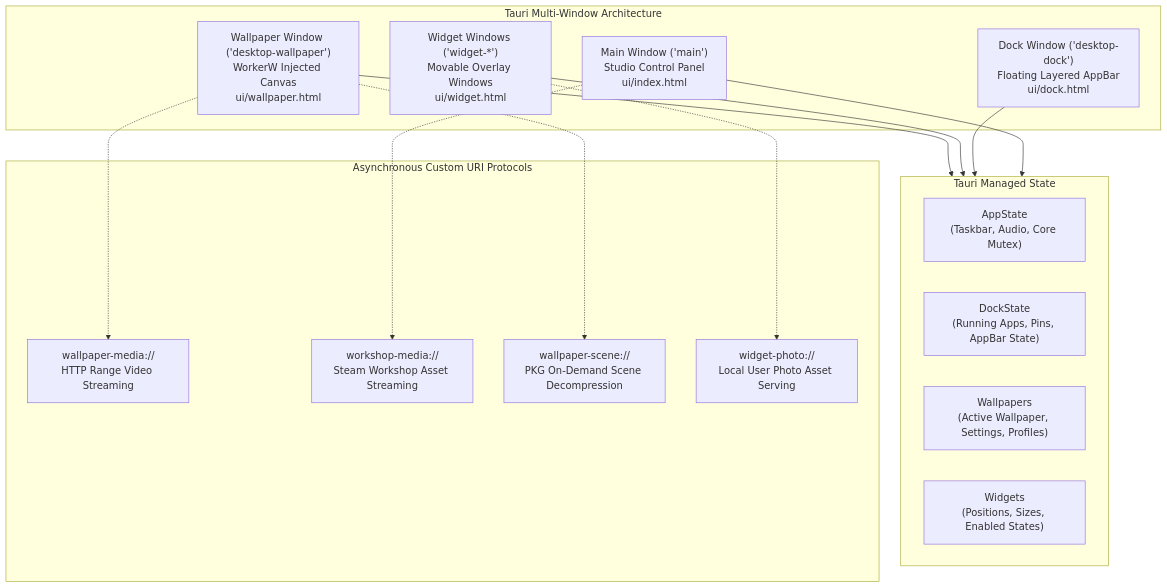
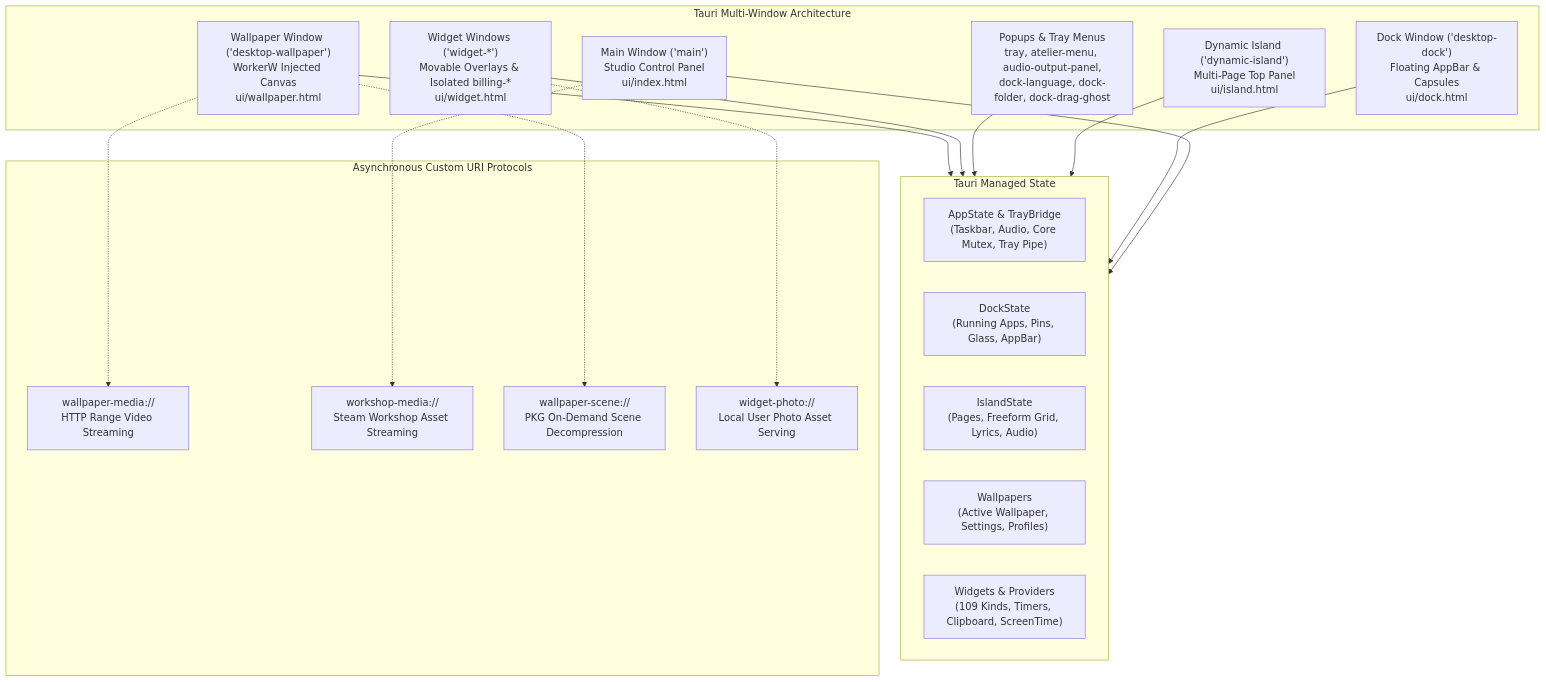
The first of 2 diagrams in docs/crates/UI.md (TheTechIndustry/Atelier), drawn with Mermaid before and after one commit. The commit also changed other lines of this file and 11 other files, not shown here.

Commit message:
docs: update README, architecture, guides, and changelog for 0.2.0 features

````diff
--- a/docs/crates/UI.md
+++ b/docs/crates/UI.md
@@ -7,33 +7,38 @@
 ```mermaid
 flowchart TD
     subgraph Windows ["Tauri Multi-Window Architecture"]
         MainWin["Main Window ('main')<br/>Studio Control Panel<br/>ui/index.html"]
-        DockWin["Dock Window ('desktop-dock')<br/>Floating Layered AppBar<br/>ui/dock.html"]
-        WidgetWins["Widget Windows ('widget-*')<br/>Movable Overlay Windows<br/>ui/widget.html"]
+        DockWin["Dock Window ('desktop-dock')<br/>Floating AppBar & Capsules<br/>ui/dock.html"]
+        IslandWin["Dynamic Island ('dynamic-island')<br/>Multi-Page Top Panel<br/>ui/island.html"]
+        PopupWins["Popups & Tray Menus<br/>tray, atelier-menu, audio-output-panel,<br/>dock-language, dock-folder, dock-drag-ghost"]
+        WidgetWins["Widget Windows ('widget-*')<br/>Movable Overlays & Isolated billing-*<br/>ui/widget.html"]
         WallpaperWin["Wallpaper Window ('desktop-wallpaper')<br/>WorkerW Injected Canvas<br/>ui/wallpaper.html"]
     end
 
     subgraph State ["Tauri Managed State"]
-        AppState["AppState<br/>(Taskbar, Audio, Core Mutex)"]
-        DockState["DockState<br/>(Running Apps, Pins, AppBar State)"]
+        AppState["AppState & TrayBridge<br/>(Taskbar, Audio, Core Mutex, Tray Pipe)"]
+        DockState["DockState<br/>(Running Apps, Pins, Glass, AppBar)"]
+        IslandState["IslandState<br/>(Pages, Freeform Grid, Lyrics, Audio)"]
         WallState["Wallpapers<br/>(Active Wallpaper, Settings, Profiles)"]
-        WidgetState["Widgets<br/>(Positions, Sizes, Enabled States)"]
+        WidgetState["Widgets & Providers<br/>(109 Kinds, Timers, Clipboard, ScreenTime)"]
     end
 
     subgraph Protocols ["Asynchronous Custom URI Protocols"]
         P1["wallpaper-media://<br/>HTTP Range Video Streaming"]
         P2["workshop-media://<br/>Steam Workshop Asset Streaming"]
         P3["wallpaper-scene://<br/>PKG On-Demand Scene Decompression"]
         P4["widget-photo://<br/>Local User Photo Asset Serving"]
     end
 
     MainWin --> State
     DockWin --> State
+    IslandWin --> State
+    PopupWins --> State
     WidgetWins --> State
     WallpaperWin --> State
 
     WallpaperWin -.-> P1
     WallpaperWin -.-> P3
     MainWin -.-> P2
     WidgetWins -.-> P4
 ```
````
